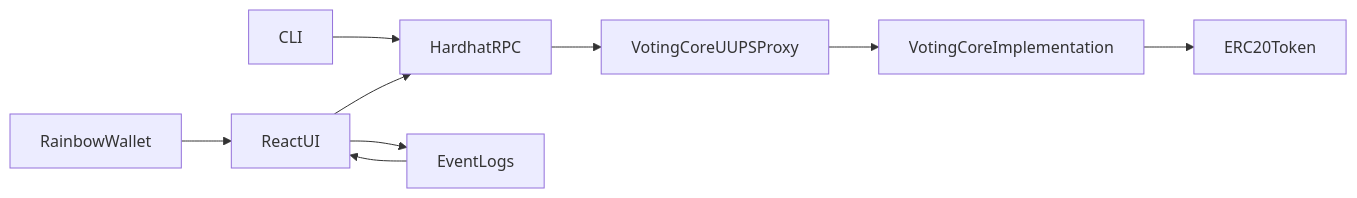
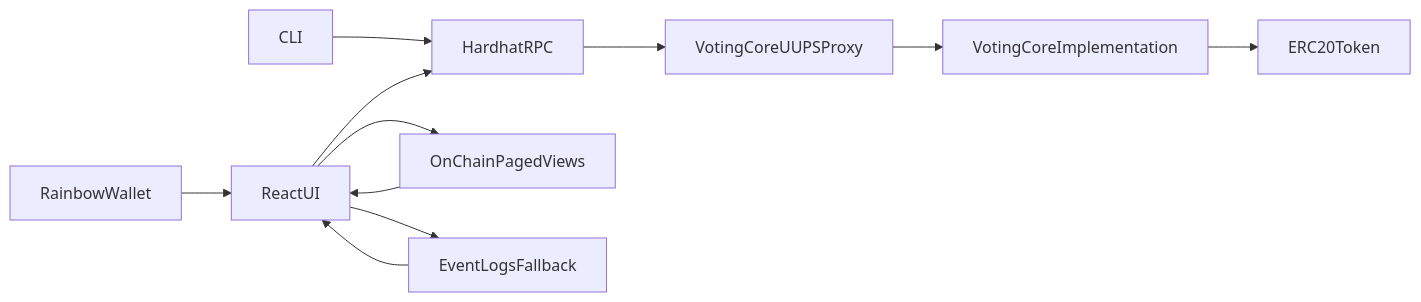
One commit to tetu-io/tetu-voting-system changed the diagram in docs/ARCHITECTURE.md. Above: the diagram before and after it, drawn with Mermaid. The commit also changed other lines of this file and 21 other files, not shown here.

````diff
--- a/docs/ARCHITECTURE.md
+++ b/docs/ARCHITECTURE.md
@@ -30,11 +30,13 @@
 ```mermaid
 flowchart LR
 rainbow[RainbowWallet] --> web[ReactUI]
 cli[CLI] --> rpc[HardhatRPC]
 web --> rpc
 rpc --> proxy[VotingCoreUUPSProxy]
 proxy --> impl[VotingCoreImplementation]
 impl --> token[ERC20Token]
-web --> events[EventLogs]
+web --> pagedViews["OnChainPagedViews"]
+pagedViews --> web
+web --> events[EventLogsFallback]
 events --> web
 ```
````
